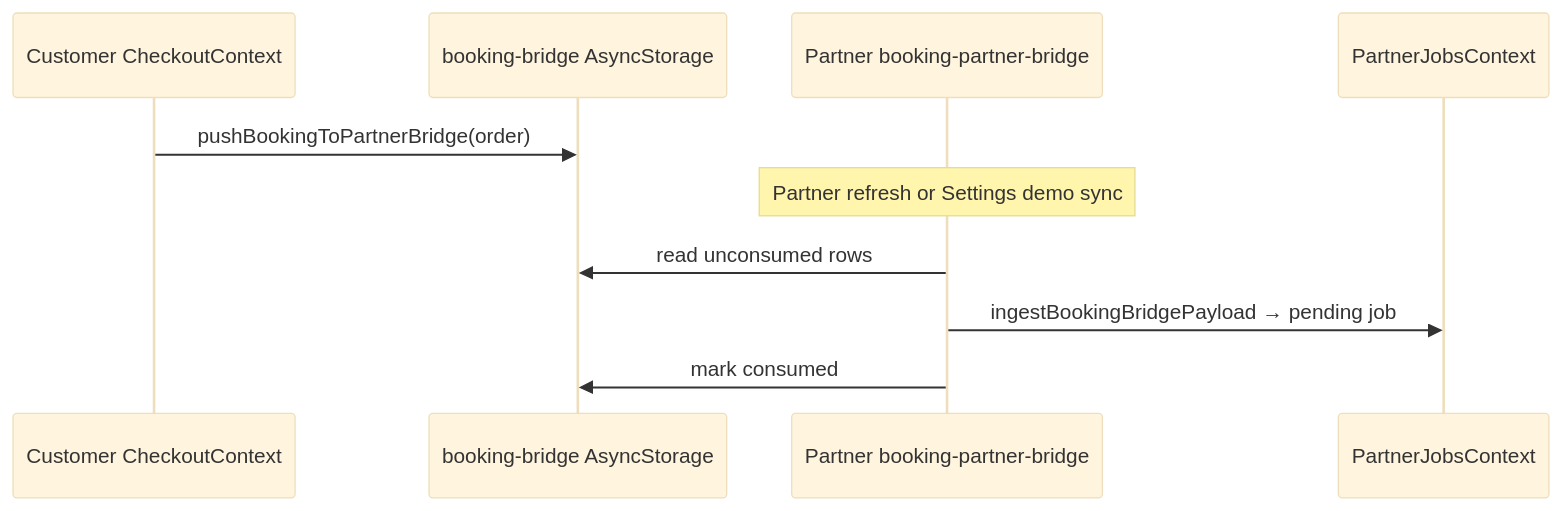
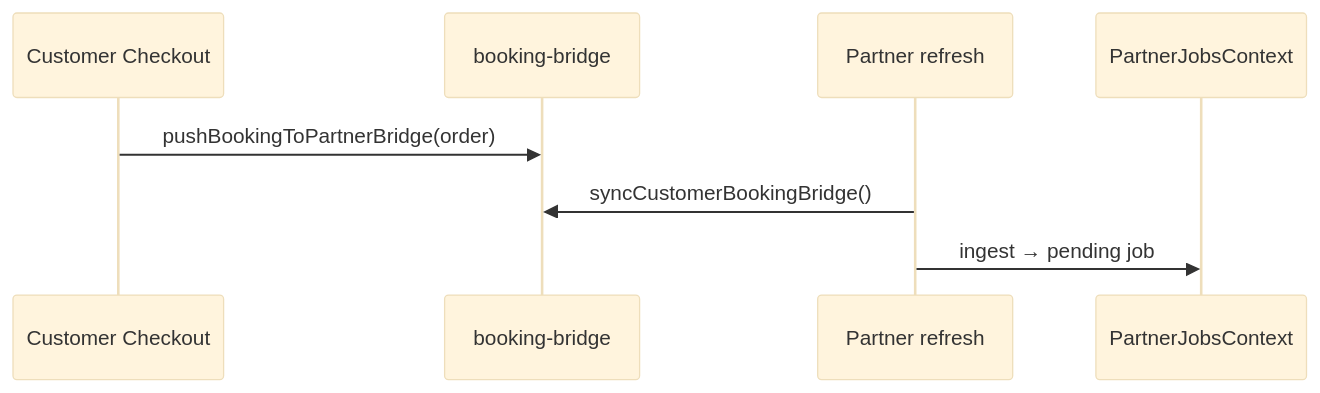
One commit to Deepesh2104/QuickMaid-App changed the first of 4 diagrams in docs/FSD/CROSS-APP-BRIDGE.md. Above: the diagram before and after it, drawn with Mermaid (base theme). The commit also changed other lines of this file and 106 other files, not shown here.

Commit message:
feat(bridge): complete customer-partner demo sync and premium booking UI

````diff
--- a/docs/FSD/CROSS-APP-BRIDGE.md
+++ b/docs/FSD/CROSS-APP-BRIDGE.md
@@ -38,13 +52,11 @@
 ```mermaid
 sequenceDiagram
-  participant C as Customer CheckoutContext
-  participant B as booking-bridge AsyncStorage
-  participant P as Partner booking-partner-bridge
+  participant C as Customer Checkout
+  participant B as booking-bridge
+  participant P as Partner refresh
   participant J as PartnerJobsContext
 
   C->>B: pushBookingToPartnerBridge(order)
-  Note over P: Partner refresh or Settings demo sync
-  P->>B: read unconsumed rows
-  P->>J: ingestBookingBridgePayload → pending job
-  P->>B: mark consumed
+  P->>B: syncCustomerBookingBridge()
+  P->>J: ingest → pending job
 ```
````
